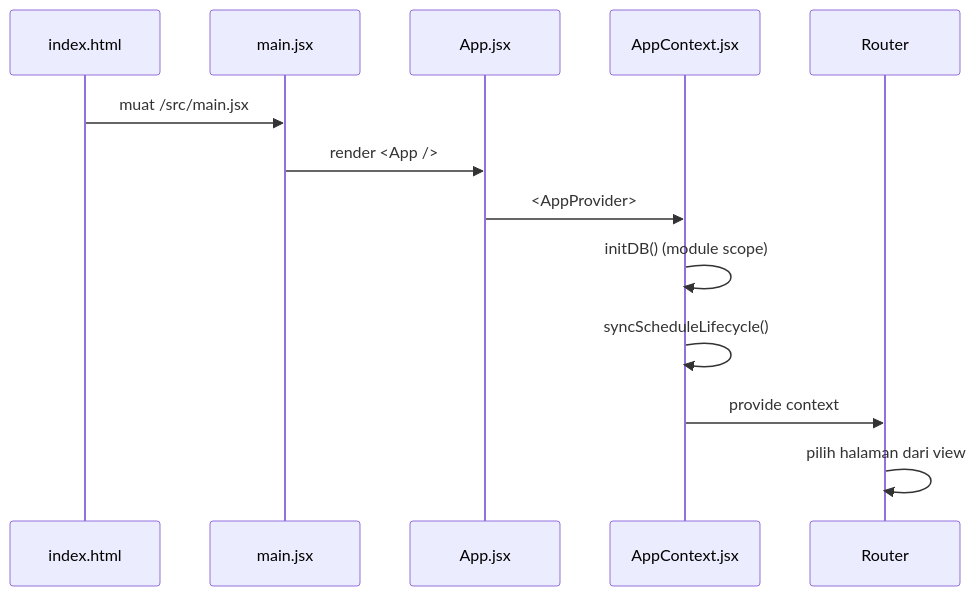
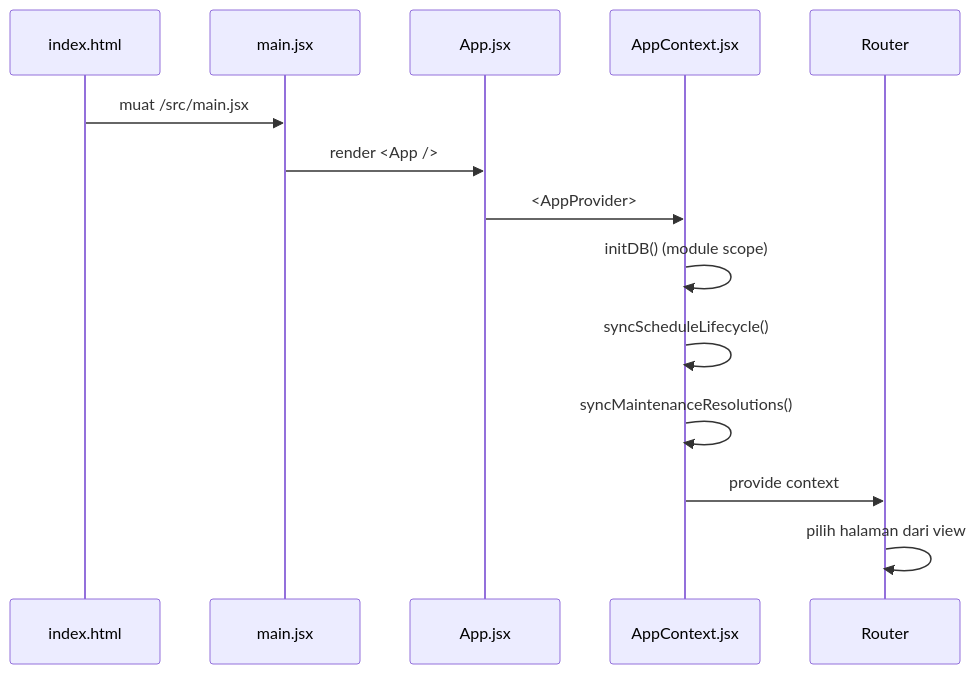
The diagram in Assist-Agent/02 Arsitektur/Bootstrap dan Provider.md (mavianandria-dev/Agent-Travel), drawn with Mermaid before and after one commit. The commit also changed other lines of this file and 52 other files, not shown here.

````diff
--- a/Assist-Agent/02 Arsitektur/Bootstrap dan Provider.md
+++ b/Assist-Agent/02 Arsitektur/Bootstrap dan Provider.md
@@ -20,15 +20,16 @@
 ```mermaid
 sequenceDiagram
   participant HTML as index.html
   participant Main as main.jsx
   participant App as App.jsx
   participant Ctx as AppContext.jsx
   participant Router as Router
   HTML->>Main: muat /src/main.jsx
   Main->>App: render <App />
   App->>Ctx: <AppProvider>
   Ctx->>Ctx: initDB() (module scope)
   Ctx->>Ctx: syncScheduleLifecycle()
+  Ctx->>Ctx: syncMaintenanceResolutions()
   Ctx->>Router: provide context
   Router->>Router: pilih halaman dari view
 ```
````
